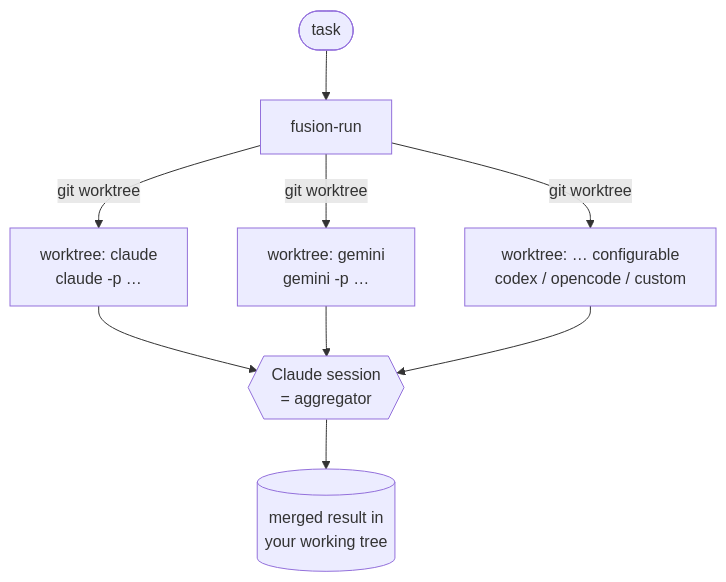
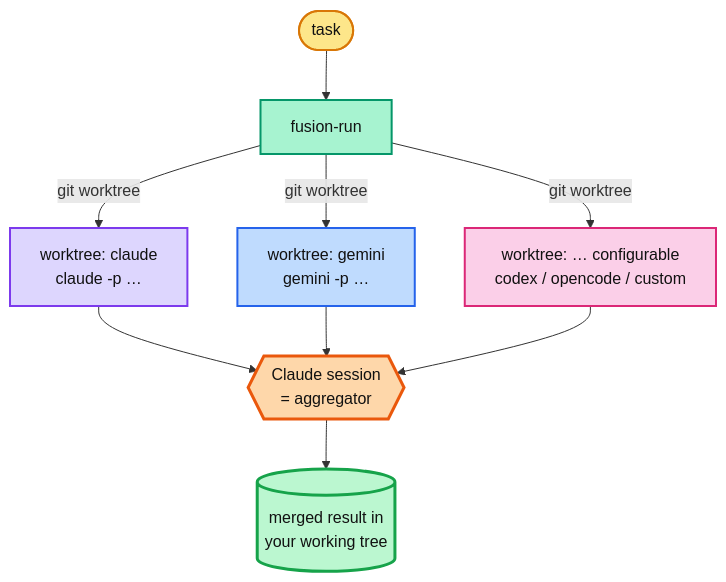
Before and after one commit to HainanZhao/agent-plugin-fusion: the diagram in README.md, drawn with Mermaid.

Commit message:
docs: colorize the mermaid architecture diagram
Per-role classDef styling (task/run/claude/gemini/other/aggregator/output) with
dark text so it reads on GitHub light and dark themes.

Claude-Session: https://claude.ai/code/session_01AQJ6a4RBiUuLyJy9rDbaxF

````diff
--- a/README.md
+++ b/README.md
@@ -8,11 +8,27 @@
 ```mermaid
 flowchart TD
     task([task]) --> run[fusion-run]
     run -->|git worktree| wc["worktree: claude<br/>claude -p …"]
     run -->|git worktree| wg["worktree: gemini<br/>gemini -p …"]
     run -->|git worktree| wx["worktree: … configurable<br/>codex / opencode / custom"]
     wc --> agg{{Claude session<br/>= aggregator}}
     wg --> agg
     wx --> agg
     agg --> out[(merged result in<br/>your working tree)]
+
+    classDef task fill:#fde68a,stroke:#d97706,stroke-width:2px,color:#111
+    classDef run fill:#a7f3d0,stroke:#059669,stroke-width:2px,color:#111
+    classDef claude fill:#ddd6fe,stroke:#7c3aed,stroke-width:2px,color:#111
+    classDef gemini fill:#bfdbfe,stroke:#2563eb,stroke-width:2px,color:#111
+    classDef other fill:#fbcfe8,stroke:#db2777,stroke-width:2px,color:#111
+    classDef agg fill:#fed7aa,stroke:#ea580c,stroke-width:3px,color:#111
+    classDef out fill:#bbf7d0,stroke:#16a34a,stroke-width:3px,color:#111
+
+    class task task
+    class run run
+    class wc claude
+    class wg gemini
+    class wx other
+    class agg agg
+    class out out
 ```
````
